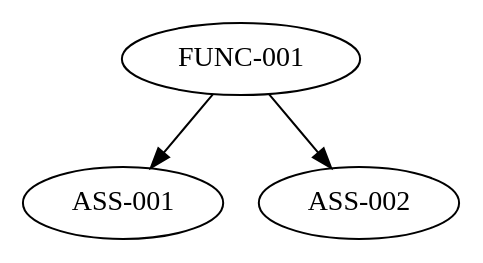
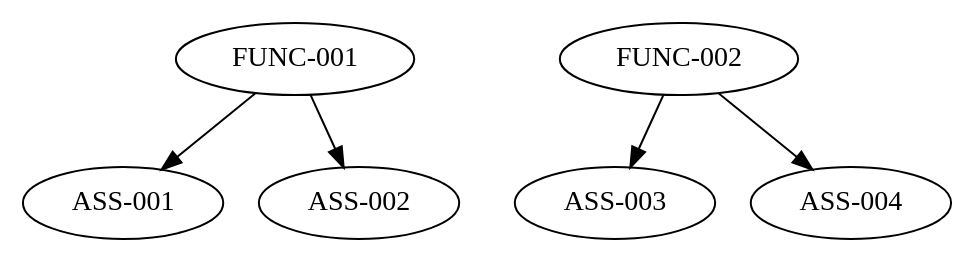
The diagram in .dotstop.dot (SEAME-pt/Team5_Senna_Tech), drawn with Graphviz before and after one commit. The commit also changed 10 other files, not shown here.

```diff
--- a/.dotstop.dot
+++ b/.dotstop.dot
@@ -1,10 +1,15 @@
 # This file is automatically generated by dotstop and should not be edited manually.
 # Generated using trustable 2025.10.22.
 
 digraph G {
 "FUNC-001" [sha="4b0c44a7bc5ffb7397af226c1cef7051d97b010ee3e37790f7888781e1f821e6"];
 "ASS-001" [sha="1c7098f004918eb922a6f970bcc6e24d73d5707541f504e977737d6f66799d92"];
 "ASS-002" [sha="91af5187968cd90fcfd7e5ed668c460c406df6c16230960652d03a8bab2153c8"];
-"FUNC-001" -> "ASS-001" [sha="a2b6b0aaf313a40fb43e13e8bbc32024be670eb31e166db37e2ba6c4ab42bc7d"];
-"FUNC-001" -> "ASS-002" [sha="936b745bf20faadf410c96ee83b3f018a3a653f6117694cab6daffcc3b701830"];
+"ASS-003" [sha="7e6ea3173498d264ece5fe4c87841e9dec23623c2fd36c27ef671133f09c1400"];
+"ASS-004" [sha="66f2b5973b1cdef5d772fc763c2b49b8842e54dfca9bae85d03b0c49151d7bf3"];
+"FUNC-002" [sha="df7dd733cbee8fd5209fbe60fb4e167fd153849bac6ee58c87f1c204dc88069f"];
+"FUNC-001" -> "ASS-001" [sha="9ecfb583ca110908b74cffb8598600b471049d4178a3e340525756be7d79af1d"];
+"FUNC-001" -> "ASS-002" [sha="bb0a0db7d164c82af6241088eba6c118468f88c6dc8eac918e4aa59cc001d248"];
+"FUNC-002" -> "ASS-003" [sha="b9fd7a150419cd45981f9c868015e7542f897860c67385a418e8e21883b2d1f0"];
+"FUNC-002" -> "ASS-004" [sha="9d115a7a093857a0e0673b895b11f34a14c6ac4f89089d5f959b0c54b40e2328"];
 }
```
